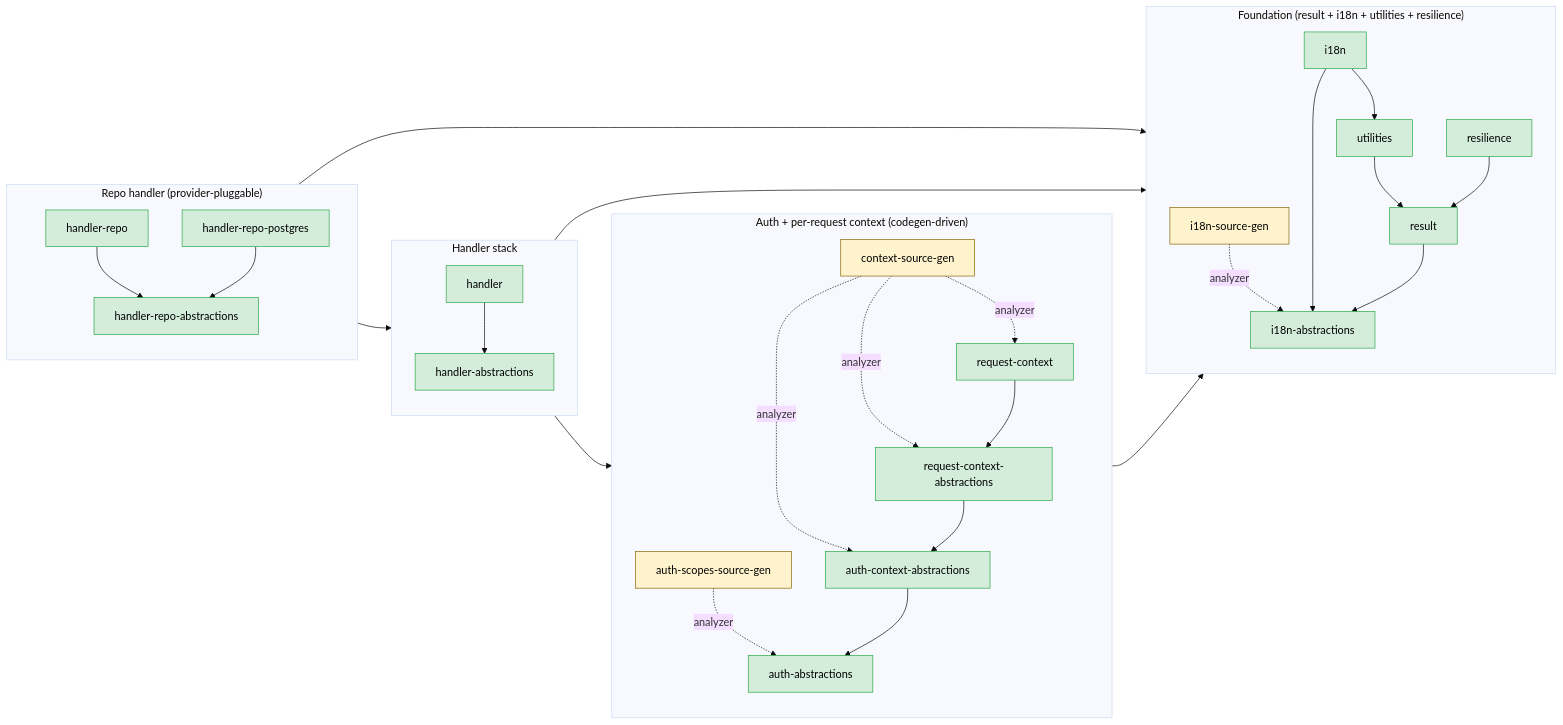
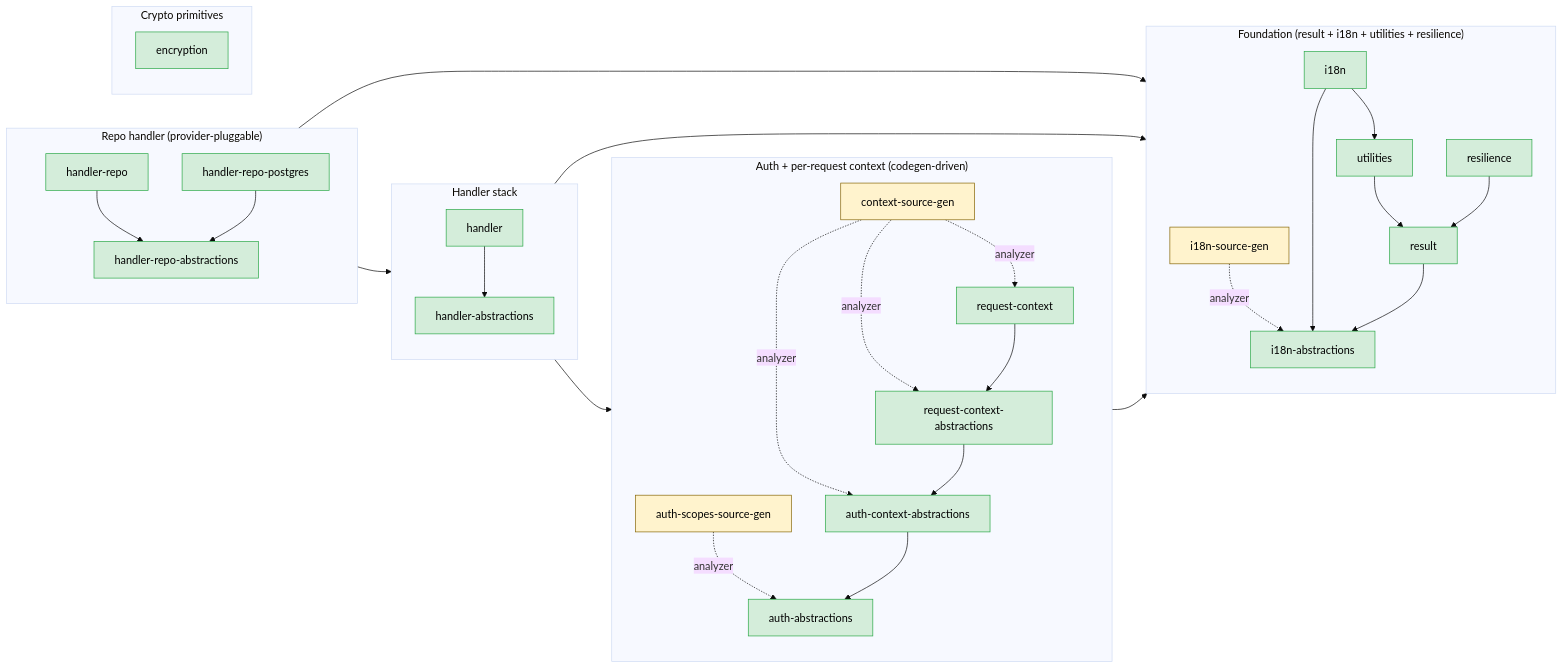
The diagram in server/shared/dotnet/README.md (DSCV-io/D2-WORX), drawn with Mermaid (base theme) before and after one commit. The commit also changed other lines of this file and 27 other files, not shown here.

````diff
--- a/server/shared/dotnet/README.md
+++ b/server/shared/dotnet/README.md
@@ -55,68 +55,73 @@
 ```mermaid
 graph LR
     classDef built fill:#d4edda,stroke:#28a745,color:#000
     classDef analyzer fill:#fff3cd,stroke:#856404,color:#000
 
     subgraph FOUNDATION["Foundation (result + i18n + utilities + resilience)"]
         direction TB
         I18nSG[i18n-source-gen]:::analyzer
         I18nAbs[i18n-abstractions]
         I18n[i18n]
         Result[result]
         Utilities[utilities]
         Resilience[resilience]
 
         I18nSG -.->|analyzer| I18nAbs
         I18n --> I18nAbs
         I18n --> Utilities
         Result --> I18nAbs
         Utilities --> Result
         Resilience --> Result
     end
 
     subgraph AUTHCTX["Auth + per-request context (codegen-driven)"]
         direction TB
         AuthScopesSG[auth-scopes-source-gen]:::analyzer
         AuthAbs[auth-abstractions]
         ContextSG[context-source-gen]:::analyzer
         AuthCtxAbs[auth-context-abstractions]
         ReqCtxAbs[request-context-abstractions]
         ReqCtx[request-context]
 
         AuthScopesSG -.->|analyzer| AuthAbs
         ContextSG -.->|analyzer| AuthCtxAbs
         ContextSG -.->|analyzer| ReqCtxAbs
         ContextSG -.->|analyzer| ReqCtx
         AuthCtxAbs --> AuthAbs
         ReqCtxAbs --> AuthCtxAbs
         ReqCtx --> ReqCtxAbs
     end
 
     subgraph HANDLER["Handler stack"]
         direction TB
         HandlerAbs[handler-abstractions]
         Handler[handler]
 
         Handler --> HandlerAbs
     end
 
     subgraph REPO["Repo handler (provider-pluggable)"]
         direction TB
         RepoAbs[handler-repo-abstractions]
         Repo[handler-repo]
         RepoPg[handler-repo-postgres]
 
         Repo --> RepoAbs
         RepoPg --> RepoAbs
     end
 
+    subgraph CRYPTO["Crypto primitives"]
+        direction TB
+        Encryption[encryption]
+    end
+
     %% Cross-subgraph dependencies (only direct refs that aren't transitively
     %% implied by an intra-subgraph path).
     ReqCtx --> Utilities
     HandlerAbs --> ReqCtxAbs
     HandlerAbs --> Result
     Repo --> Handler
     RepoAbs --> I18n
 
-    class I18nAbs,I18n,Result,Utilities,Resilience,AuthAbs,AuthCtxAbs,ReqCtxAbs,ReqCtx,HandlerAbs,Handler,RepoAbs,Repo,RepoPg built
+    class I18nAbs,I18n,Result,Utilities,Resilience,AuthAbs,AuthCtxAbs,ReqCtxAbs,ReqCtx,HandlerAbs,Handler,RepoAbs,Repo,RepoPg,Encryption built
 ```
````
